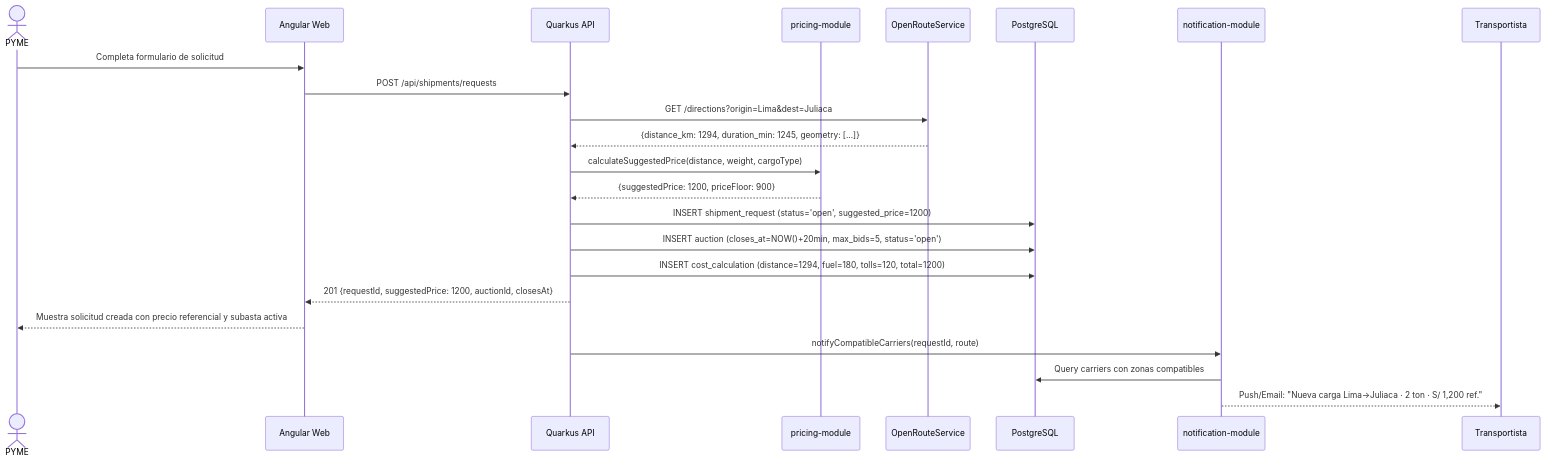
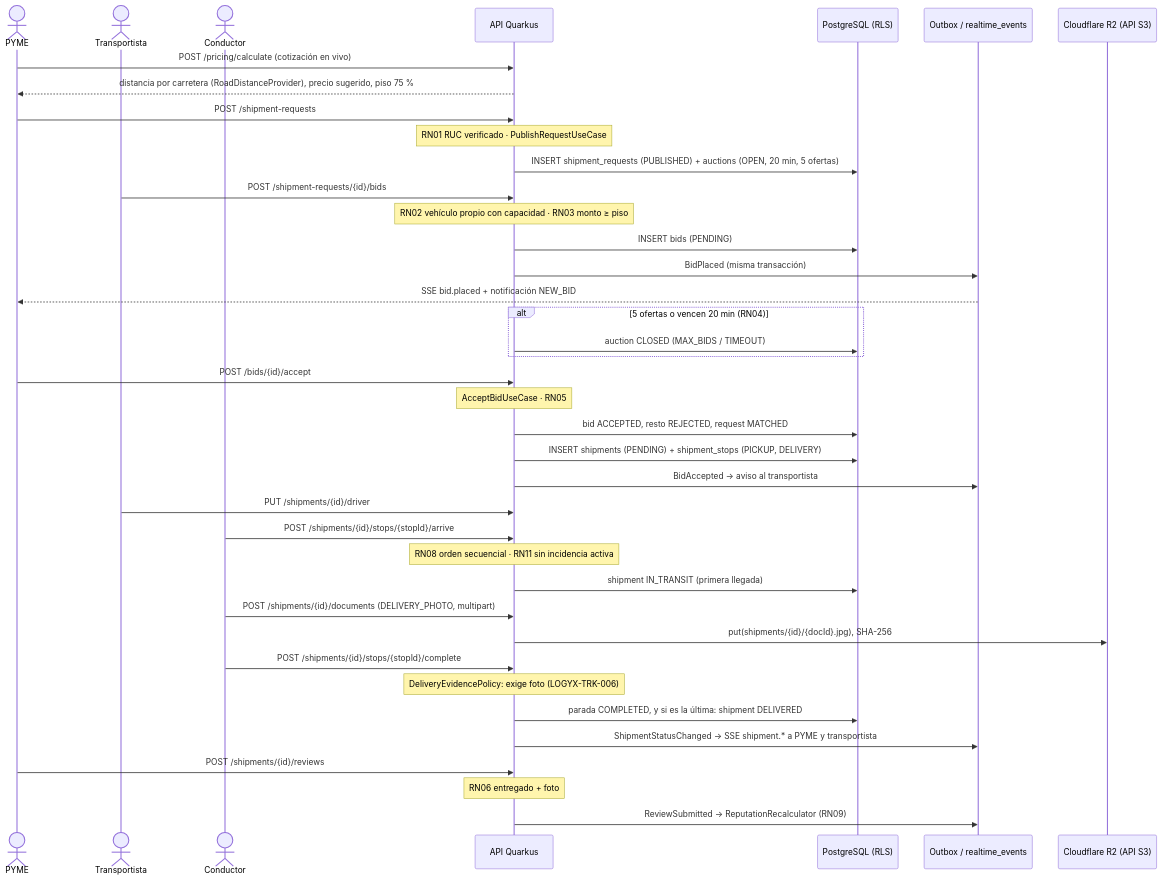
One commit to TheReeds/ProyectoEPE-LOGYX changed the fifth of 14 diagrams in docs/software/entregable-1/uml.md. Above: the diagram before and after it, drawn with Mermaid. The commit also changed other lines of this file and 99 other files, not shown here.

````diff
--- a/docs/software/entregable-1/uml.md
+++ b/docs/software/entregable-1/uml.md
@@ -398,27 +298,47 @@
 ```mermaid
 sequenceDiagram
   actor PYME
-  participant Web as Angular Web
-  participant API as Quarkus API
-  participant Pricing as pricing-module
-  participant ORS as OpenRouteService
-  participant DB as PostgreSQL
-  participant Notif as notification-module
-  participant Carrier as Transportista
+  actor CAR as Transportista
+  actor DRV as Conductor
+  participant API as API Quarkus
+  participant DB as PostgreSQL (RLS)
+  participant OB as Outbox / realtime_events
+  participant S3 as Cloudflare R2 (API S3)
 
-  PYME->>Web: Completa formulario de solicitud
-  Web->>API: POST /api/shipments/requests
-  API->>ORS: GET /directions?origin=Lima&dest=Juliaca
-  ORS-->>API: {distance_km: 1294, duration_min: 1245, geometry: [...]}
-  API->>Pricing: calculateSuggestedPrice(distance, weight, cargoType)
-  Pricing-->>API: {suggestedPrice: 1200, priceFloor: 900}
-  API->>DB: INSERT shipment_request (status='open', suggested_price=1200)
-  API->>DB: INSERT auction (closes_at=NOW()+20min, max_bids=5, status='open')
-  API->>DB: INSERT cost_calculation (distance=1294, fuel=180, tolls=120, total=1200)
-  API-->>Web: 201 {requestId, suggestedPrice: 1200, auctionId, closesAt}
-  Web-->>PYME: Muestra solicitud creada con precio referencial y subasta activa
+  PYME->>API: POST /pricing/calculate (cotización en vivo)
+  API-->>PYME: distancia por carretera (RoadDistanceProvider), precio sugerido, piso 75 %
+  PYME->>API: POST /shipment-requests
+  Note over API: RN01 RUC verificado · PublishRequestUseCase
+  API->>DB: INSERT shipment_requests (PUBLISHED) + auctions (OPEN, 20 min, 5 ofertas)
 
-  API->>Notif: notifyCompatibleCarriers(requestId, route)
-  Notif->>DB: Query carriers con zonas compatibles
-  Notif-->>Carrier: Push/Email: "Nueva carga Lima→Juliaca · 2 ton · S/ 1,200 ref."
+  CAR->>API: POST /shipment-requests/{id}/bids
+  Note over API: RN02 vehículo propio con capacidad · RN03 monto ≥ piso
+  API->>DB: INSERT bids (PENDING)
+  API->>OB: BidPlaced (misma transacción)
+  OB-->>PYME: SSE bid.placed + notificación NEW_BID
+
+  alt 5 ofertas o vencen 20 min (RN04)
+    API->>DB: auction CLOSED (MAX_BIDS / TIMEOUT)
+  end
+
+  PYME->>API: POST /bids/{id}/accept
+  Note over API: AcceptBidUseCase · RN05
+  API->>DB: bid ACCEPTED, resto REJECTED, request MATCHED
+  API->>DB: INSERT shipments (PENDING) + shipment_stops (PICKUP, DELIVERY)
+  API->>OB: BidAccepted -> aviso al transportista
+
+  CAR->>API: PUT /shipments/{id}/driver
+  DRV->>API: POST /shipments/{id}/stops/{stopId}/arrive
+  Note over API: RN08 orden secuencial · RN11 sin incidencia activa
+  API->>DB: shipment IN_TRANSIT (primera llegada)
+  DRV->>API: POST /shipments/{id}/documents (DELIVERY_PHOTO, multipart)
+  API->>S3: put(shipments/{id}/{docId}.jpg), SHA-256
+  DRV->>API: POST /shipments/{id}/stops/{stopId}/complete
+  Note over API: DeliveryEvidencePolicy: exige foto (LOGYX-TRK-006)
+  API->>DB: parada COMPLETED, y si es la última: shipment DELIVERED
+  API->>OB: ShipmentStatusChanged -> SSE shipment.* a PYME y transportista
+
+  PYME->>API: POST /shipments/{id}/reviews
+  Note over API: RN06 entregado + foto
+  API->>OB: ReviewSubmitted -> ReputationRecalculator (RN09)
 ```
````
